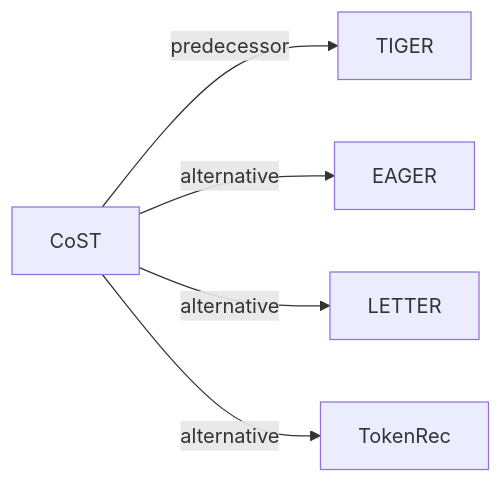
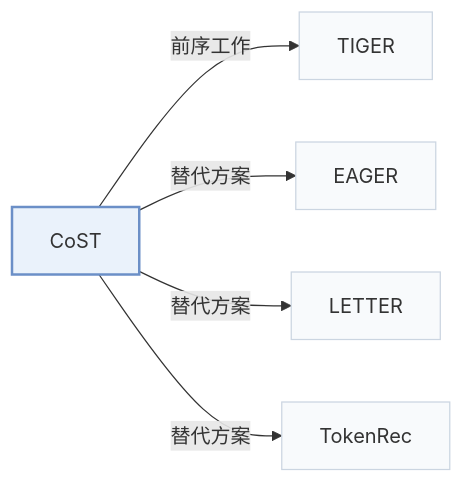
The second of 2 diagrams in pages/zh/papers/cost.md (Galaxy-ghost/Awesome-SID-Generative-Rec), drawn with Mermaid before and after one commit. The commit also changed other lines of this file and 649 other files, not shown here.

Commit message:
writer-05: also tags and modality index (schema, check, build, visuals); summary field removed; calibration data for 12 papers

````diff
--- a/pages/zh/papers/cost.md
+++ b/pages/zh/papers/cost.md
@@ -67,8 +74,12 @@
 ```mermaid
 flowchart LR
     P["CoST"]
-    P -->|predecessor| A["TIGER"]
-    P -->|alternative| B["EAGER"]
-    P -->|alternative| C["LETTER"]
-    P -->|alternative| D["TokenRec"]
+    P -->|"前序工作"| A["TIGER"]
+    P -->|"替代方案"| B["EAGER"]
+    P -->|"替代方案"| C["LETTER"]
+    P -->|"替代方案"| D["TokenRec"]
+    classDef main fill:#eaf2fb,stroke:#6b8fc7,stroke-width:2px
+    classDef peer fill:#f8fafc,stroke:#cbd5e1
+    class P main
+    class A,B,C,D peer
 ```
````
